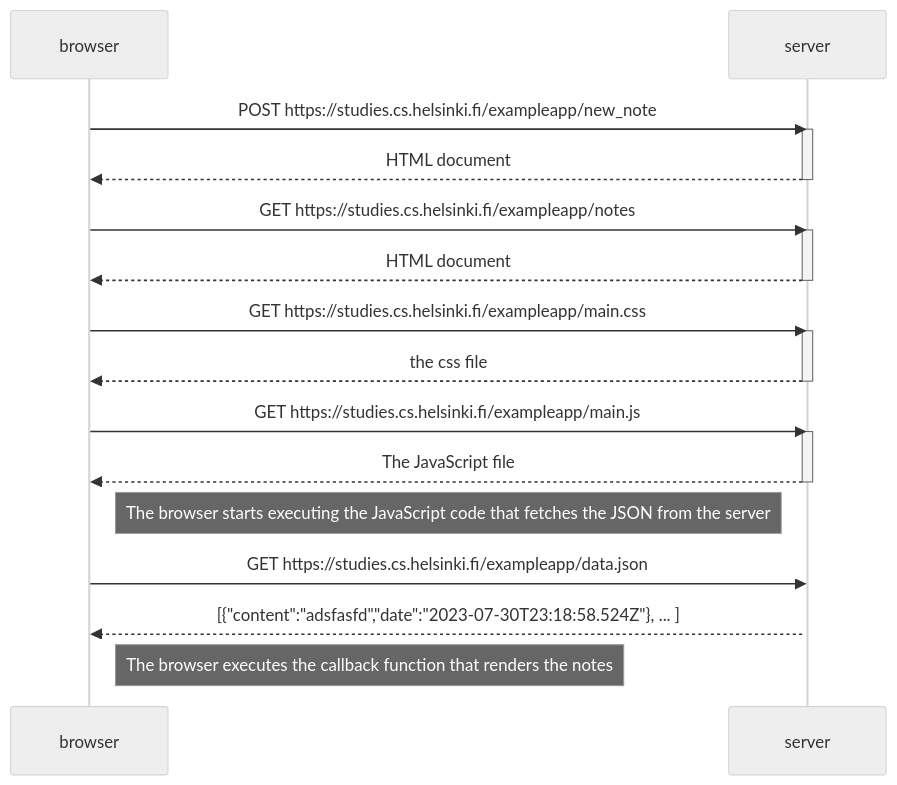
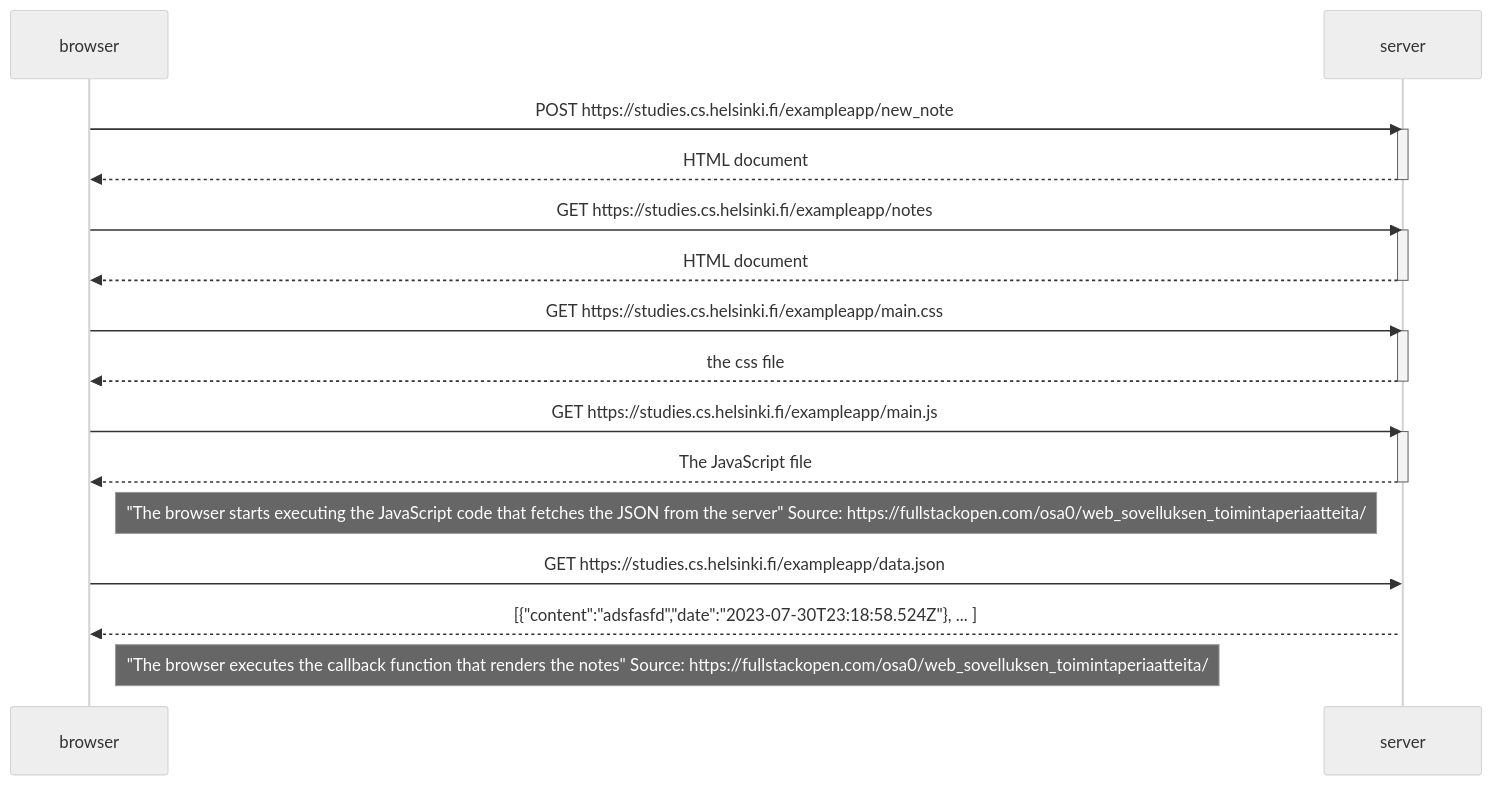
The diagram in 04.md (alelikak/fullstackopen), drawn with Mermaid (neutral theme) before and after one commit.

````diff
--- a/04.md
+++ b/04.md
@@ -1,34 +1,34 @@
 ```mermaid
 sequenceDiagram
     participant browser
     participant server
     
     browser->>server: POST https://studies.cs.helsinki.fi/exampleapp/new_note
     activate server
     server-->>browser: HTML document
     deactivate server
     
     browser->>server: GET https://studies.cs.helsinki.fi/exampleapp/notes
     activate server
     server-->>browser: HTML document
     deactivate server
     
     browser->>server: GET https://studies.cs.helsinki.fi/exampleapp/main.css
     activate server
     server-->>browser: the css file
     deactivate server
     
     
     browser->>server: GET https://studies.cs.helsinki.fi/exampleapp/main.js
     activate server
     server-->>browser: The JavaScript file
     deactivate server    
 
-    Note right of browser: The browser starts executing the JavaScript code that fetches the JSON from the server
+    Note right of browser: "The browser starts executing the JavaScript code that fetches the JSON from the server" Source: https://fullstackopen.com/osa0/web_sovelluksen_toimintaperiaatteita/
     
 
     browser->>server: GET https://studies.cs.helsinki.fi/exampleapp/data.json
     activate server
     server-->>browser: [{"content":"adsfasfd","date":"2023-07-30T23:18:58.524Z"}, ... ]
-    Note right of browser: The browser executes the callback function that renders the notes
+    Note right of browser: "The browser executes the callback function that renders the notes" Source: https://fullstackopen.com/osa0/web_sovelluksen_toimintaperiaatteita/
 ```
````
